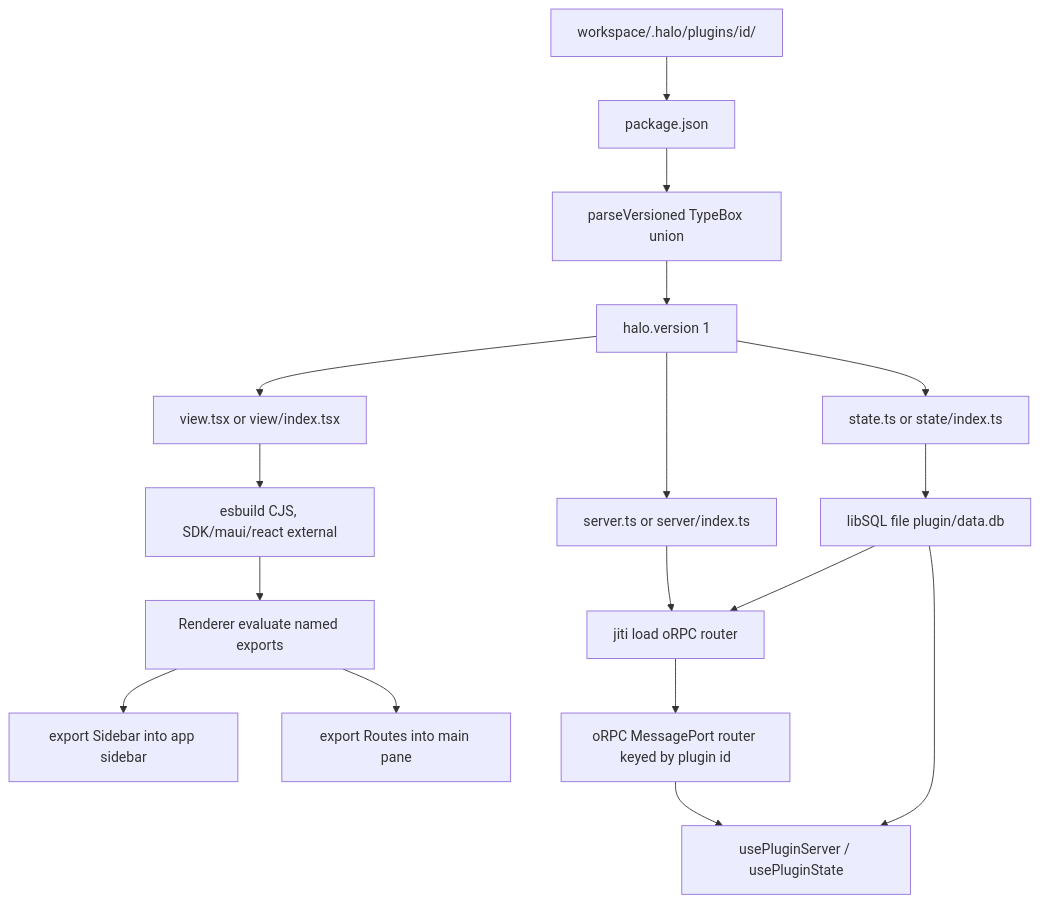
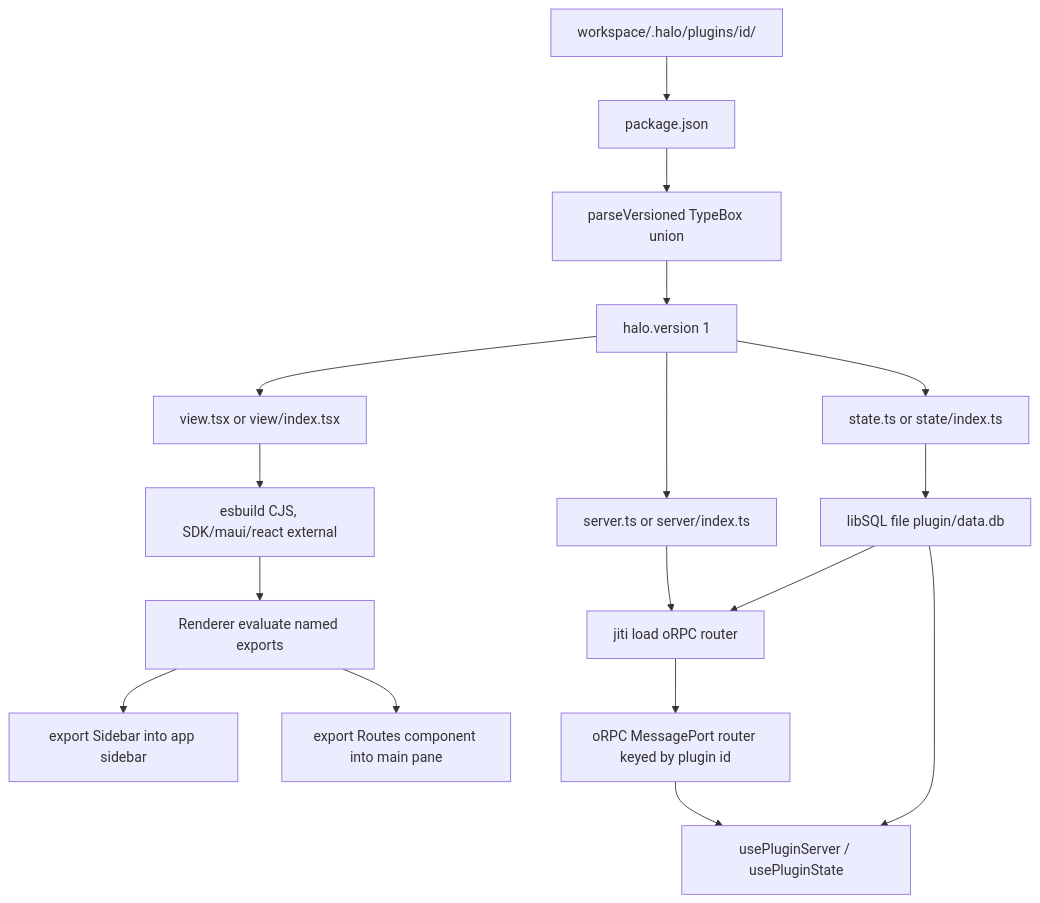
One commit to tanishqkancharla/halo-v2 changed the first of 2 diagrams in specs/plugin-system.md. Above: the diagram before and after it, drawn with Mermaid. The commit also changed other lines of this file, not shown here.

First line of the commit message:
Specify wouter and Routes as a component.

````diff
--- a/specs/plugin-system.md
+++ b/specs/plugin-system.md
@@ -5,19 +5,19 @@
 ```mermaid
 flowchart TD
     Disk["workspace/.halo/plugins/id/"] --> Json["package.json"]
     Json --> Parse["parseVersioned TypeBox union"]
     Parse --> Manifest["halo.version 1"]
     Manifest --> ViewEntry["view.tsx or view/index.tsx"]
     Manifest --> ServerEntry["server.ts or server/index.ts"]
     Manifest --> StateEntry["state.ts or state/index.ts"]
     StateEntry --> Db["libSQL file plugin/data.db"]
     ServerEntry --> Jiti["jiti load oRPC router"]
     Db --> Jiti
     ViewEntry --> Esbuild["esbuild CJS, SDK/maui/react external"]
     Esbuild --> Eval["Renderer evaluate named exports"]
     Jiti --> Orpc["oRPC MessagePort router keyed by plugin id"]
     Eval --> SidebarSlot["export Sidebar into app sidebar"]
-    Eval --> RoutesSlot["export Routes into main pane"]
+    Eval --> RoutesSlot["export Routes component into main pane"]
     Orpc --> Hooks["usePluginServer / usePluginState"]
     Db --> Hooks
 ```
````
